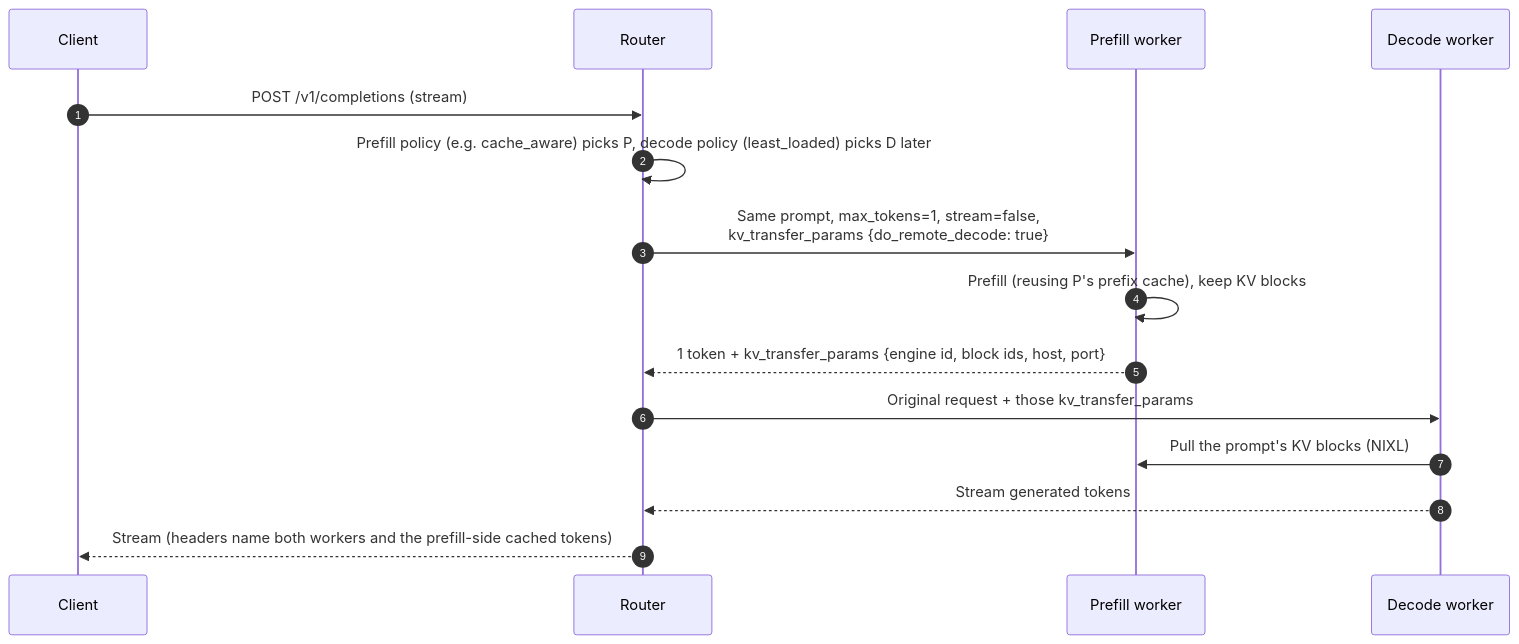
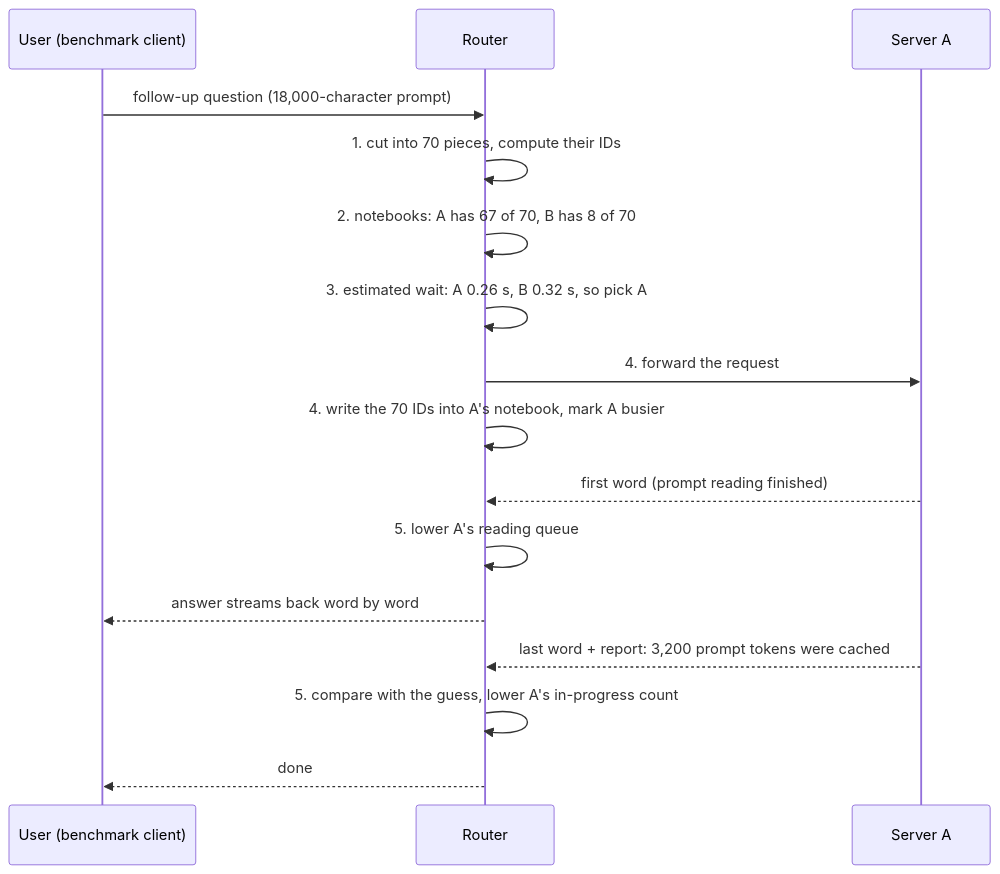
Before and after one commit to Swapnil99007/disaggregated-serving-kv-cache-benchmarking: the seventh of 9 diagrams in docs/PROJECT_EXPLAINED.md, drawn with Mermaid. The commit also changed other lines of this file, not shown here.

First line of the commit message:
docs: rewrite Level 3 of the explainer around one example request

````diff
--- a/docs/PROJECT_EXPLAINED.md
+++ b/docs/PROJECT_EXPLAINED.md
@@ -416,17 +453,18 @@
 ```mermaid
 sequenceDiagram
-    autonumber
-    participant C as Client
+    participant U as User (benchmark client)
     participant R as Router
-    participant P as Prefill worker
-    participant D as Decode worker
-    C->>R: POST /v1/completions (stream)
-    R->>R: Prefill policy (e.g. cache_aware) picks P, decode policy (least_loaded) picks D later
-    R->>P: Same prompt, max_tokens=1, stream=false,<br/>kv_transfer_params {do_remote_decode: true}
-    P->>P: Prefill (reusing P's prefix cache), keep KV blocks
-    P-->>R: 1 token + kv_transfer_params {engine id, block ids, host, port}
-    R->>D: Original request + those kv_transfer_params
-    D->>P: Pull the prompt's KV blocks (NIXL)
-    D-->>R: Stream generated tokens
-    R-->>C: Stream (headers name both workers and the prefill-side cached tokens)
+    participant A as Server A
+    U->>R: follow-up question (18,000-character prompt)
+    R->>R: 1. cut into 70 pieces, compute their IDs
+    R->>R: 2. notebooks: A has 67 of 70, B has 8 of 70
+    R->>R: 3. estimated wait: A 0.26 s, B 0.32 s, so pick A
+    R->>A: 4. forward the request
+    R->>R: 4. write the 70 IDs into A's notebook, mark A busier
+    A-->>R: first word (prompt reading finished)
+    R->>R: 5. lower A's reading queue
+    R-->>U: answer streams back word by word
+    A-->>R: last word + report: 3,200 prompt tokens were cached
+    R->>R: 5. compare with the guess, lower A's in-progress count
+    R-->>U: done
 ```
````
